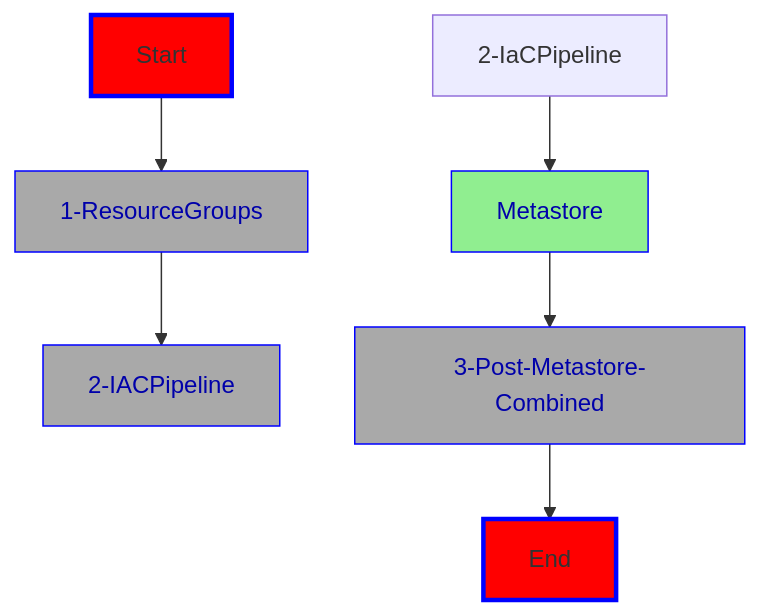
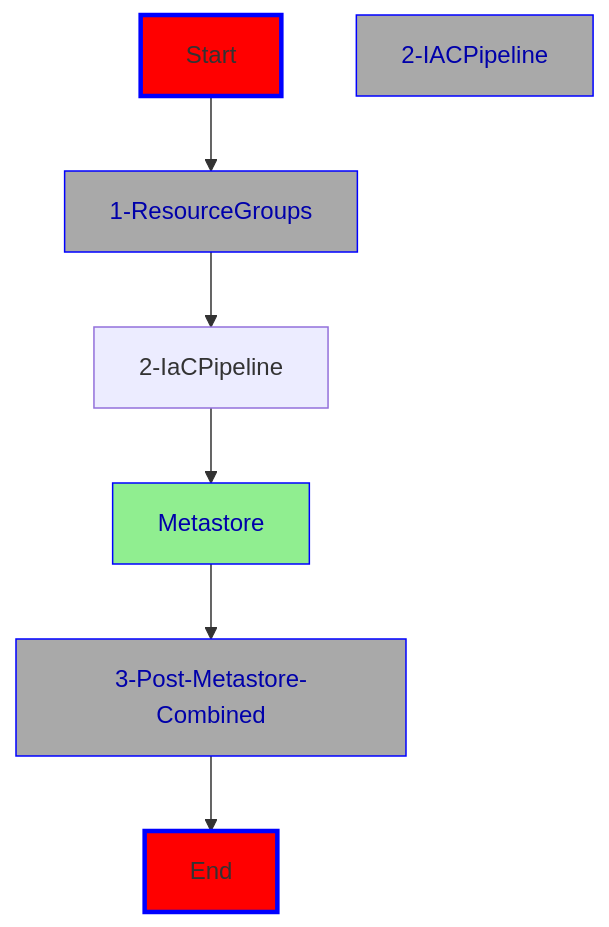
The diagram in iac-adb-360/README.md (Azure/Databricks360), drawn with Mermaid before and after one commit. The commit also changed other lines of this file, not shown here.

Commit message:
fixed mermaid, default installation

````diff
--- a/iac-adb-360/README.md
+++ b/iac-adb-360/README.md
@@ -80,15 +80,15 @@
 ```mermaid
 flowchart TD
 Start --> 1-ResourceGroups
 style Start fill:red,stroke:blue,stroke-width:3px,shadow:shadow
-1-ResourceGroups --> 2-IACPipeline
+1-ResourceGroups --> 2-IaCPipeline
 style 1-ResourceGroups fill:darkgray,stroke:blue,stroke-witdth:3px,shadow:shadow,color:#0000aa
 2-IaCPipeline --> Metastore
 style 2-IACPipeline fill:darkgray,stroke:blue,stroke-witdth:3px,shadow:shadow,color:#0000aa
 Metastore --> 3-Post-Metastore-Combined
 style Metastore fill:lightgreen,stroke:blue,stroke-witdth:3px,shadow:shadow,color:#0000aa
 3-Post-Metastore-Combined --> End
 style 3-Post-Metastore-Combined fill:darkgray,stroke:blue,stroke-witdth:3px,shadow:shadow,color:#0000aa
 style End fill:red,stroke:blue,stroke-width:3px,shadow:shadow
 
 ```
````
